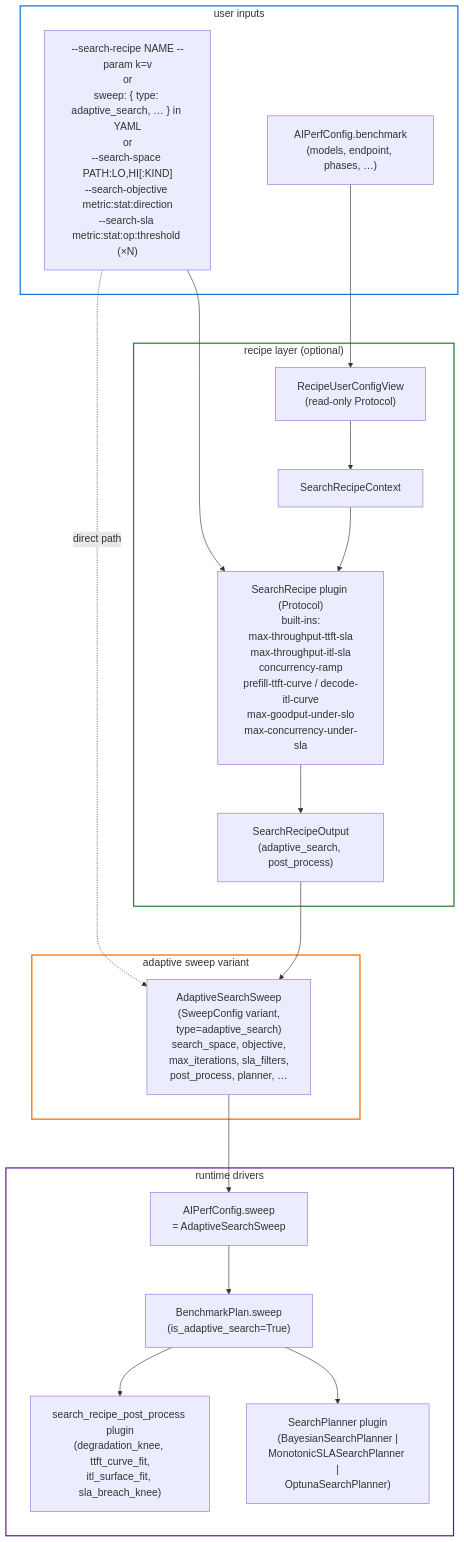
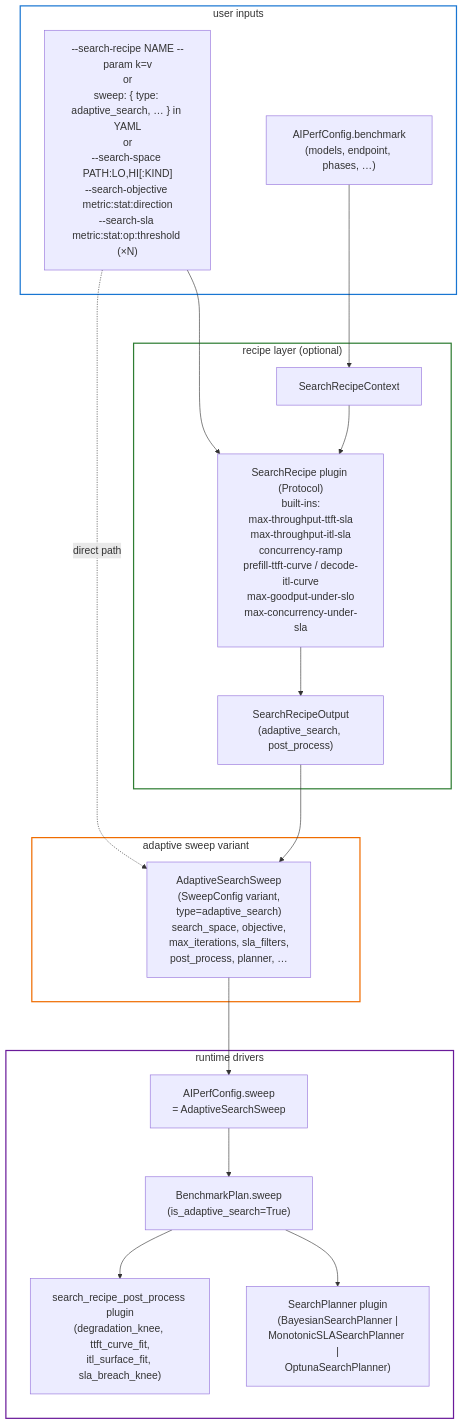
One commit to ai-dynamo/aiperf changed diagram 24 of 24 in docs/dev/sweep-orchestrator-flow.md. Above: the diagram before and after it, drawn with Mermaid. The commit also changed other lines of this file and 7 other files, not shown here.

````diff
--- a/docs/dev/sweep-orchestrator-flow.md
+++ b/docs/dev/sweep-orchestrator-flow.md
@@ -1341,40 +1336,39 @@
 ```mermaid
 %%{init: {'flowchart': {'nodeSpacing': 60, 'rankSpacing': 80, 'padding': 18, 'htmlLabels': true, 'curve': 'basis'}, 'themeVariables': {'fontSize': '17px'}}}%%
 flowchart TB
     subgraph IN["user inputs"]
         cli["--search-recipe NAME --param k=v<br/>or<br/>sweep: { type: adaptive_search, … } in YAML<br/>or<br/>--search-space PATH:LO,HI[:KIND]<br/>--search-objective metric:stat:direction<br/>--search-sla metric:stat:op:threshold (×N)"]
         uc["AIPerfConfig.benchmark<br/>(models, endpoint, phases, …)"]
     end
 
     subgraph RECIPE["recipe layer (optional)"]
-        ucv["RecipeUserConfigView<br/>(read-only Protocol)"]
         ctx["SearchRecipeContext"]
         rc["SearchRecipe plugin (Protocol)<br/>built-ins:<br/>max-throughput-ttft-sla<br/>max-throughput-itl-sla<br/>concurrency-ramp<br/>prefill-ttft-curve / decode-itl-curve<br/>max-goodput-under-slo<br/>max-concurrency-under-sla"]
         out["SearchRecipeOutput<br/>(adaptive_search, post_process)"]
     end
 
     subgraph CFG["adaptive sweep variant"]
         asc["AdaptiveSearchSweep<br/>(SweepConfig variant,<br/>type=adaptive_search)<br/>search_space, objective,<br/>max_iterations, sla_filters,<br/>post_process, planner, …"]
     end
 
     subgraph DRIVE["runtime drivers"]
         plan["AIPerfConfig.sweep<br/>= AdaptiveSearchSweep"]
         plan2["BenchmarkPlan.sweep<br/>(is_adaptive_search=True)"]
         sp["SearchPlanner plugin<br/>(BayesianSearchPlanner |<br/>MonotonicSLASearchPlanner |<br/>OptunaSearchPlanner)"]
         pph["search_recipe_post_process plugin<br/>(degradation_knee, ttft_curve_fit,<br/>itl_surface_fit, sla_breach_knee)"]
     end
 
     cli --> rc
-    uc --> ucv --> ctx --> rc --> out --> asc
+    uc --> ctx --> rc --> out --> asc
     cli -.direct path.-> asc
 
     asc --> plan
     plan --> plan2
     plan2 --> sp
     plan2 --> pph
 
     style IN fill:transparent,stroke:#1976d2,stroke-width:2px
     style RECIPE fill:transparent,stroke:#2e7d32,stroke-width:2px
     style CFG fill:transparent,stroke:#ef6c00,stroke-width:2px
     style DRIVE fill:transparent,stroke:#6a1b9a,stroke-width:2px
 ```
````
